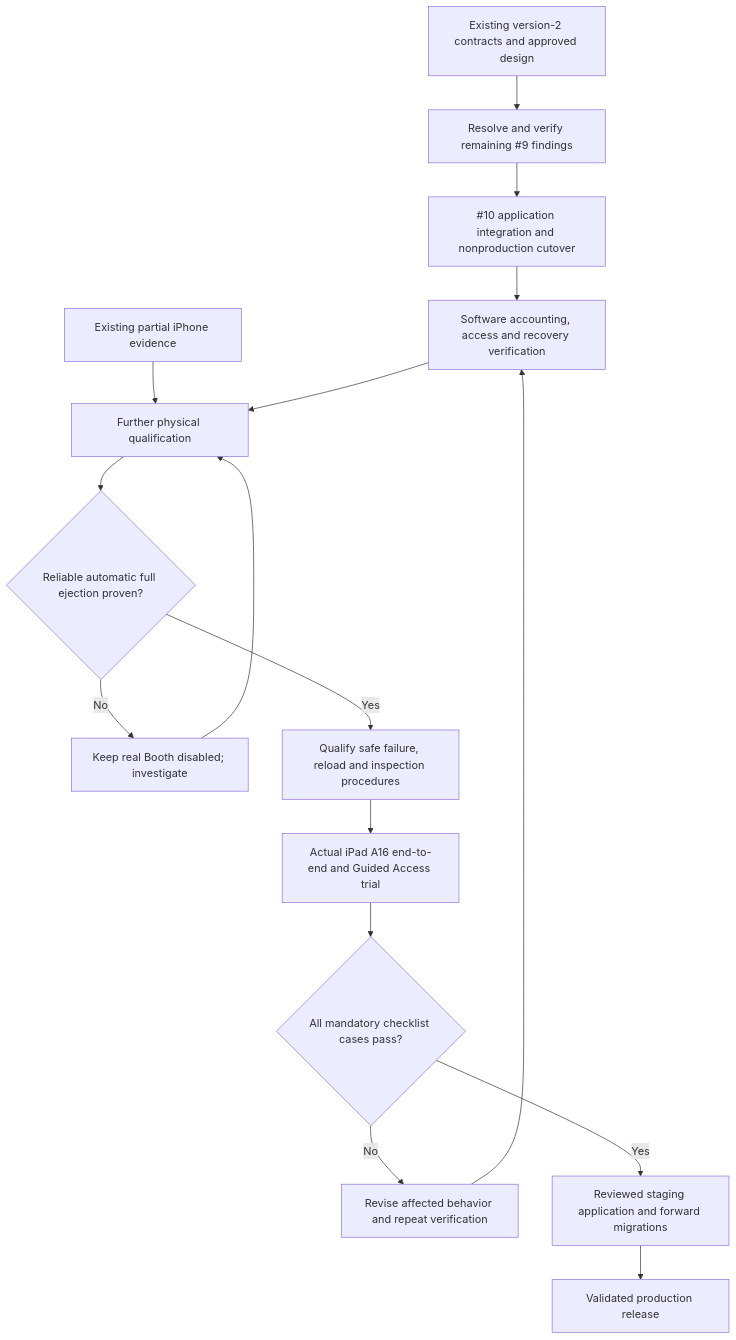
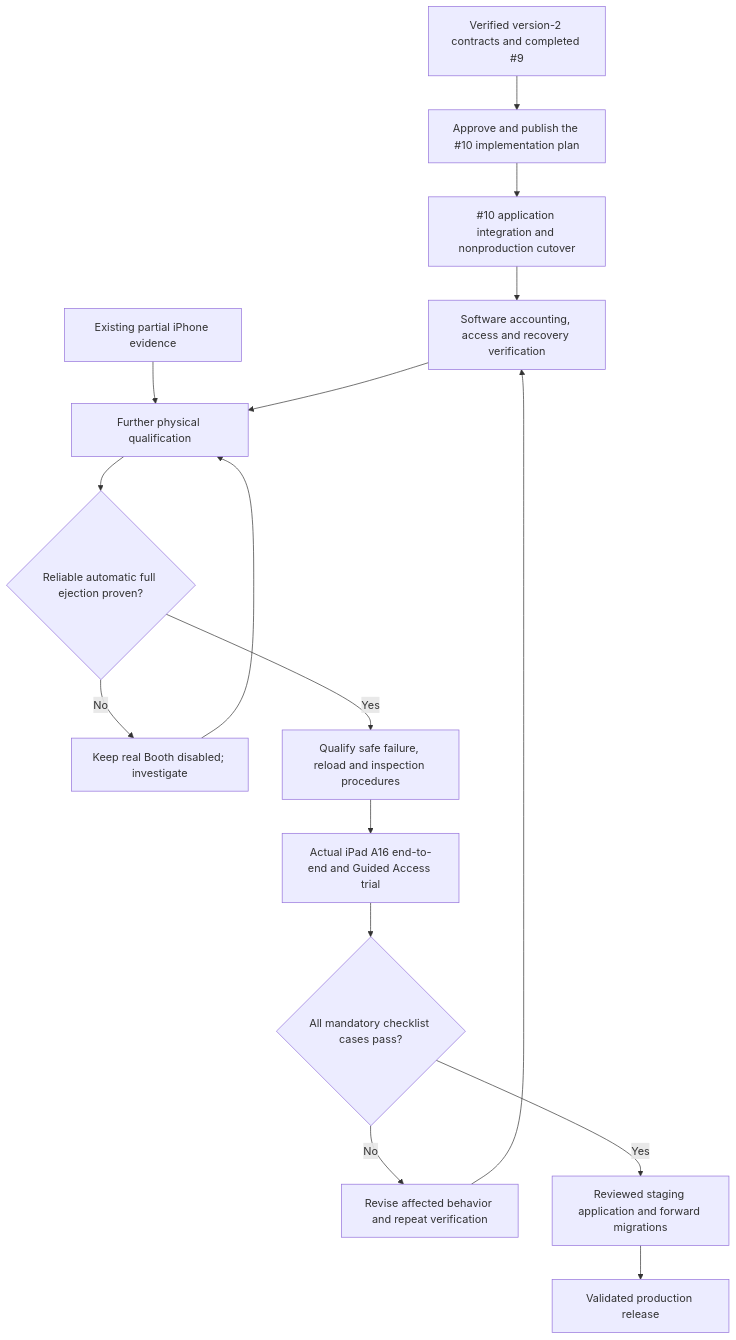
Before and after one commit to noelorph/diy-instax-photobooth: the diagram in docs/diagrams/printing-to-deployment-flow.md, drawn with Mermaid. The commit also changed other lines of this file and 15 other files, not shown here.

````diff
--- a/docs/diagrams/printing-to-deployment-flow.md
+++ b/docs/diagrams/printing-to-deployment-flow.md
@@ -5,18 +5,18 @@
 ```mermaid
 flowchart TD
-  D[Existing version-2 contracts and approved design] --> C[Resolve and verify remaining #9 findings]
+  D[Verified version-2 contracts and completed #9] --> C[Approve and publish the #10 implementation plan]
   C --> S[#10 application integration and nonproduction cutover]
   S --> V[Software accounting, access and recovery verification]
   E[Existing partial iPhone evidence] --> H[Further physical qualification]
   V --> H
   H --> A{Reliable automatic full ejection proven?}
   A -->|No| X[Keep real Booth disabled; investigate]
   X --> H
   A -->|Yes| R[Qualify safe failure, reload and inspection procedures]
   R --> I[Actual iPad A16 end-to-end and Guided Access trial]
   I --> P{All mandatory checklist cases pass?}
   P -->|No| F[Revise affected behavior and repeat verification]
   F --> V
   P -->|Yes| T[Reviewed staging application and forward migrations]
   T --> L[Validated production release]
 ```
````
